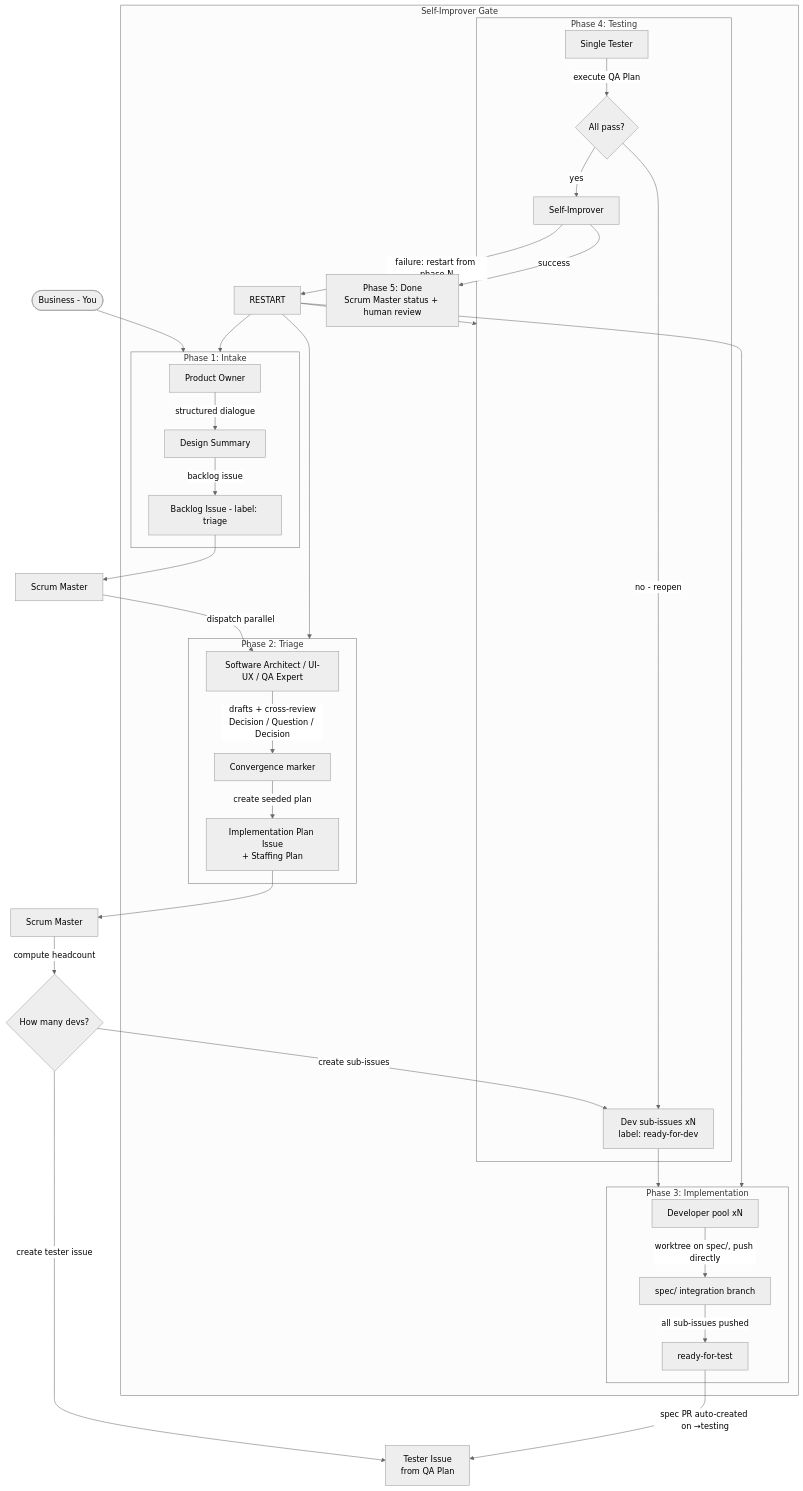
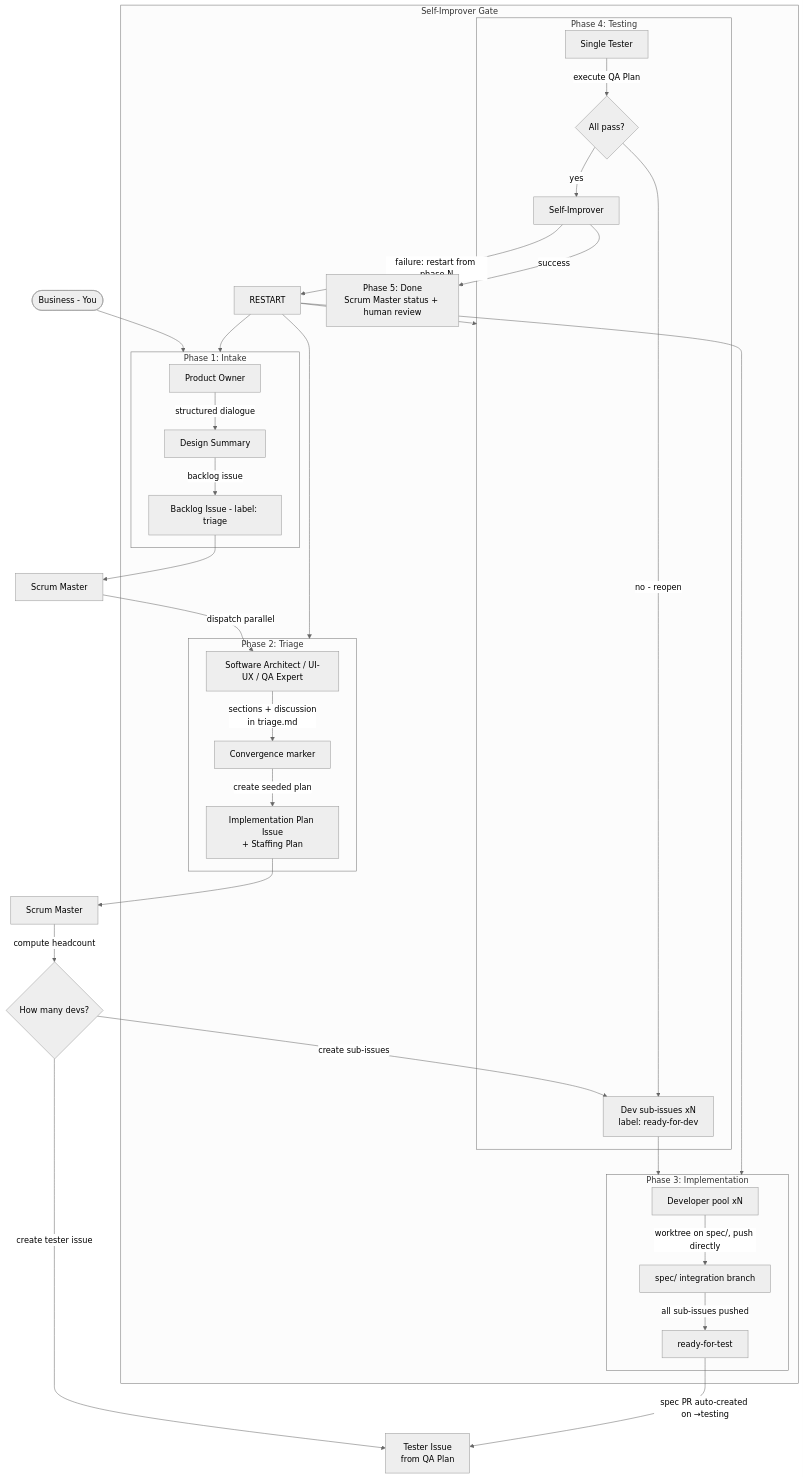
Before and after one commit to FredoAi/fredo: the diagram in docs/agentic-pipeline/pipeline.md, drawn with Mermaid (neutral theme). The commit also changed other lines of this file and 13 other files, not shown here.

````diff
--- a/docs/agentic-pipeline/pipeline.md
+++ b/docs/agentic-pipeline/pipeline.md
@@ -14,50 +14,50 @@
 ```mermaid
 flowchart TD
     B([Business - You]) --> P1
 
     subgraph P1[Phase 1: Intake]
         PO[Product Owner]
         PO --> |structured dialogue| SUM[Design Summary]
         SUM --> |backlog issue| BL[Backlog Issue - label: triage]
     end
 
     BL --> SM1[Scrum Master]
     SM1 --> |dispatch parallel| TRIAGE
     subgraph P2[Phase 2: Triage]
         TRIAGE[Software Architect / UI-UX / QA Expert]
-        TRIAGE --> |drafts + cross-review<br/>Decision / Question / Decision| CONV[Convergence marker]
+        TRIAGE --> |sections + discussion<br/>in triage.md| CONV[Convergence marker]
         CONV --> |create seeded plan| IP[Implementation Plan Issue<br/>+ Staffing Plan]
     end
 
     IP --> SM2[Scrum Master]
     SM2 --> |compute headcount| HEAD{How many devs?}
     HEAD --> |create sub-issues| SUB[Dev sub-issues xN<br/>label: ready-for-dev]
     HEAD --> |create tester issue| TIS[Tester Issue<br/>from QA Plan]
 
     SUB --> P3
     subgraph P3[Phase 3: Implementation]
         DEV[Developer pool xN]
         DEV --> |worktree on spec/<N>, push directly| SPEC[spec/<N> integration branch]
         SPEC --> |all sub-issues pushed| READY[ready-for-test]
     end
 
     READY --> |spec PR auto-created on →testing| TIS
     subgraph P4[Phase 4: Testing]
         T[Single Tester]
         T --> |execute QA Plan| VERDICT{All pass?}
         VERDICT --> |no - reopen| SUB
         VERDICT --> |yes| AUDIT
     end
 
     subgraph GATE[Self-Improver Gate]
         AUDIT[Self-Improver]
         AUDIT --> |success| DONE2
         AUDIT --> |failure: restart from phase N| RESTART
         RESTART --> P1
         RESTART --> P2
         RESTART --> P3
         RESTART --> P4
     end
 
     DONE2[Phase 5: Done<br/>Scrum Master status + human review]
 ```
````
